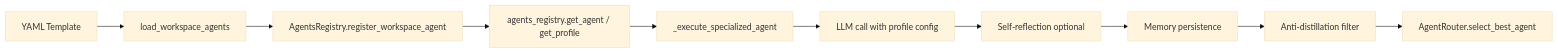
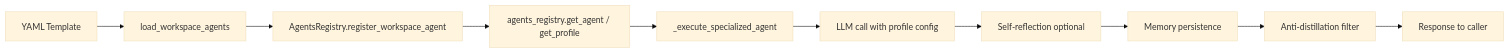
The diagram in docs/architecture/layers/agents-layer.md (Morphilab/morphix), drawn with Mermaid (base theme) before and after one commit. The commit also changed other lines of this file and 44 other files, not shown here.

````diff
--- a/docs/architecture/layers/agents-layer.md
+++ b/docs/architecture/layers/agents-layer.md
@@ -128,12 +128,12 @@
 ```mermaid
 graph LR
     A[YAML Template] --> B[load_workspace_agents]
     B --> C[AgentsRegistry.register_workspace_agent]
     C --> D[agents_registry.get_agent / get_profile]
     D --> E[_execute_specialized_agent]
     E --> F[LLM call with profile config]
     F --> G[Self-reflection optional]
     G --> H[Memory persistence]
     H --> I[Anti-distillation filter]
-    I --> J[AgentRouter.select_best_agent]
+    I --> J[Response to caller]
 ```
````
